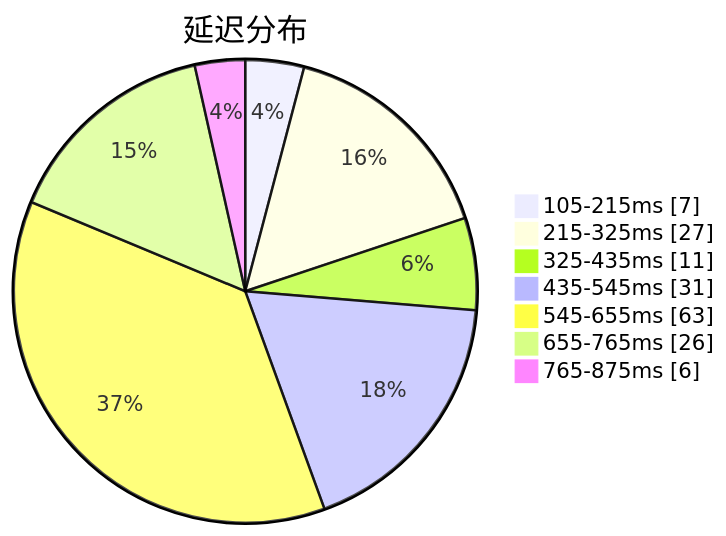
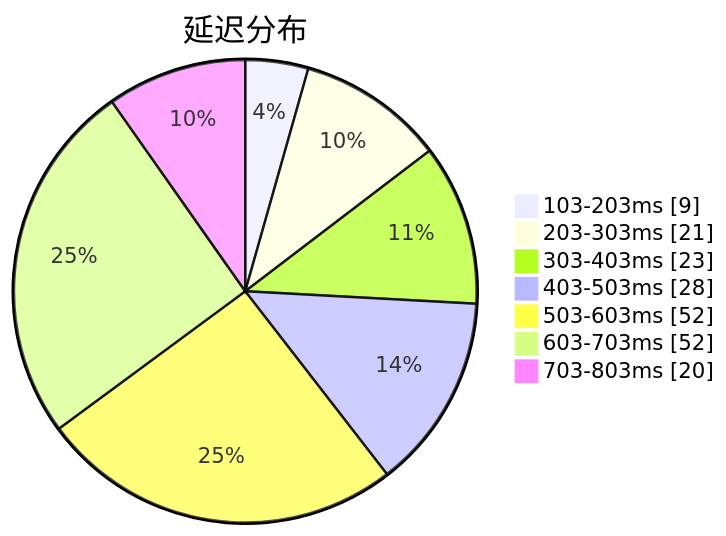
Before and after one commit to sinspired/airport: the first of 3 diagrams in subs/statistics/tested_within.md, drawn with Mermaid. The commit also changed other lines of this file and 2 other files, not shown here.

````diff
--- a/subs/statistics/tested_within.md
+++ b/subs/statistics/tested_within.md
@@ -2,11 +2,11 @@
 ```mermaid
 pie showData
 title 延迟分布
-"105-215ms" : 7
-"215-325ms" : 27
-"325-435ms" : 11
-"435-545ms" : 31
-"545-655ms" : 63
-"655-765ms" : 26
-"765-875ms" : 6
+"103-203ms" : 9
+"203-303ms" : 21
+"303-403ms" : 23
+"403-503ms" : 28
+"503-603ms" : 52
+"603-703ms" : 52
+"703-803ms" : 20
 ```
````
